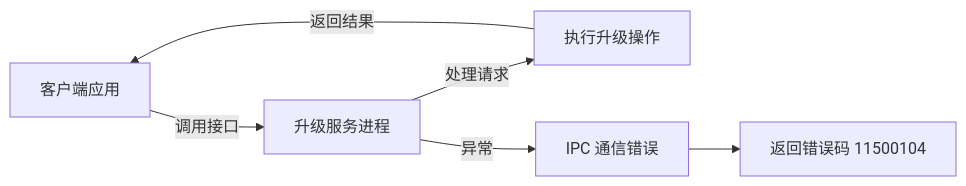
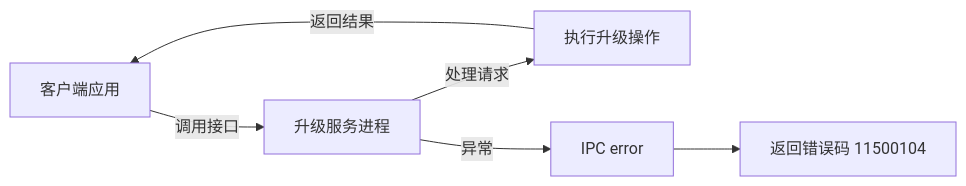
Before and after one commit to openharmony-rs/openharmony-docs: the diagram in zh-cn/application-dev/reference/apis-basic-services-kit/errorcode-update.md, drawn with Mermaid.

Commit message:
修改error

````diff
--- a/zh-cn/application-dev/reference/apis-basic-services-kit/errorcode-update.md
+++ b/zh-cn/application-dev/reference/apis-basic-services-kit/errorcode-update.md
@@ -53,8 +53,8 @@
 ```mermaid
 graph LR
     A[客户端应用] -->|调用接口| B[升级服务进程]
     B -->|处理请求| C[执行升级操作]
     C -->|返回结果| A
-    B -->|异常| D[IPC 通信错误]
+    B -->|异常| D[IPC error]
     D --> E[返回错误码 11500104]
 ```
````
